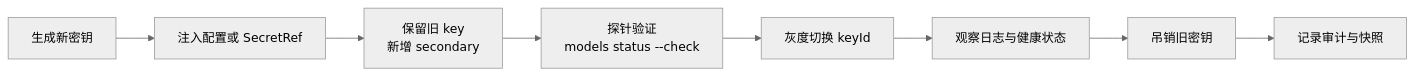
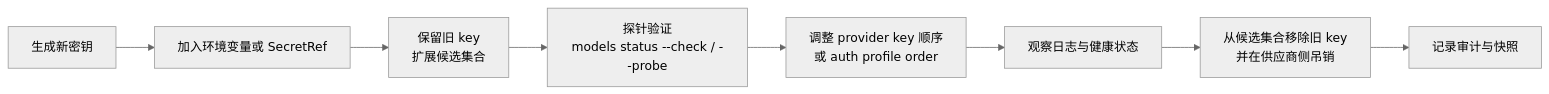
The second of 2 diagrams in 11_reliability_security/11.1_auth_profiles.md (yeasy/openclaw_guide), drawn with Mermaid (neutral theme) before and after one commit. The commit also changed other lines of this file and 41 other files, not shown here.

````diff
--- a/11_reliability_security/11.1_auth_profiles.md
+++ b/11_reliability_security/11.1_auth_profiles.md
@@ -70,10 +70,10 @@
 ```mermaid
 flowchart LR
-  A["生成新密钥"] --> B["注入配置或 SecretRef"]
-  B --> C["保留旧 key<br/>新增 secondary"]
-  C --> D["探针验证<br/>models status --check"]
-  D --> E["灰度切换 keyId"]
+  A["生成新密钥"] --> B["加入环境变量或 SecretRef"]
+  B --> C["保留旧 key<br/>扩展候选集合"]
+  C --> D["探针验证<br/>models status --check / --probe"]
+  D --> E["调整 provider key 顺序<br/>或 auth profile order"]
   E --> F["观察日志与健康状态"]
-  F --> G["吊销旧密钥"]
+  F --> G["从候选集合移除旧 key<br/>并在供应商侧吊销"]
   G --> H["记录审计与快照"]
 ```
````
